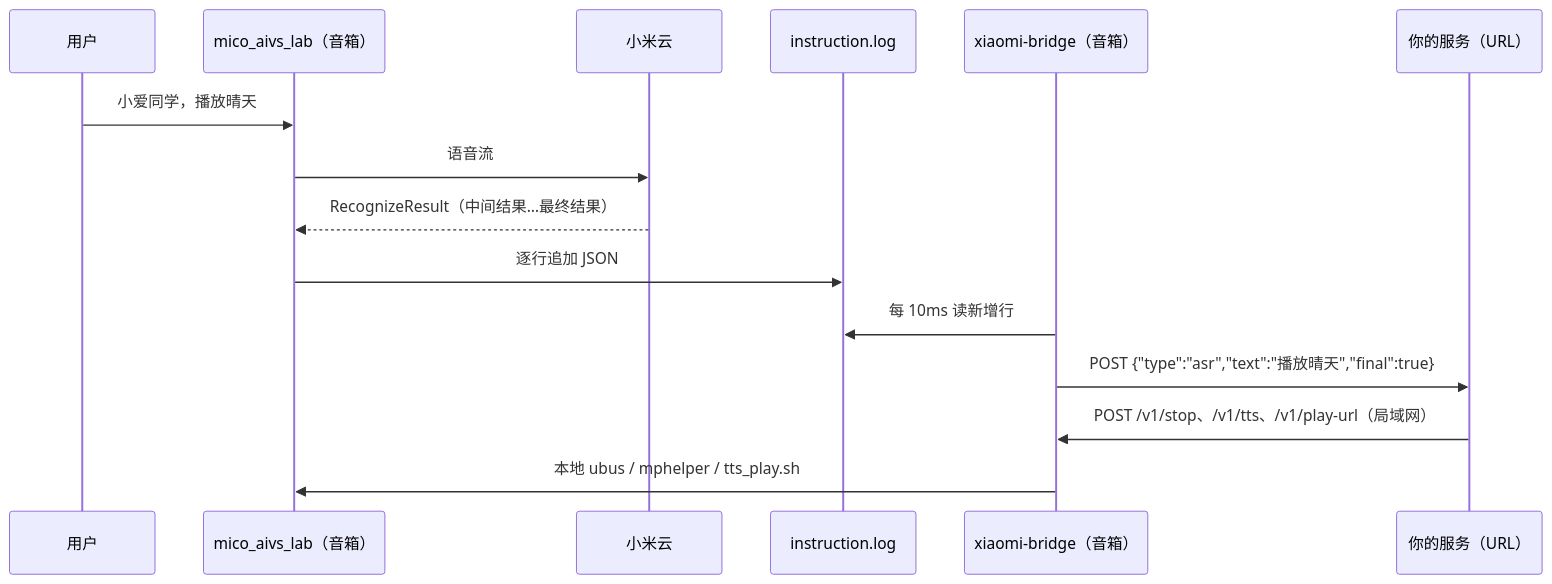
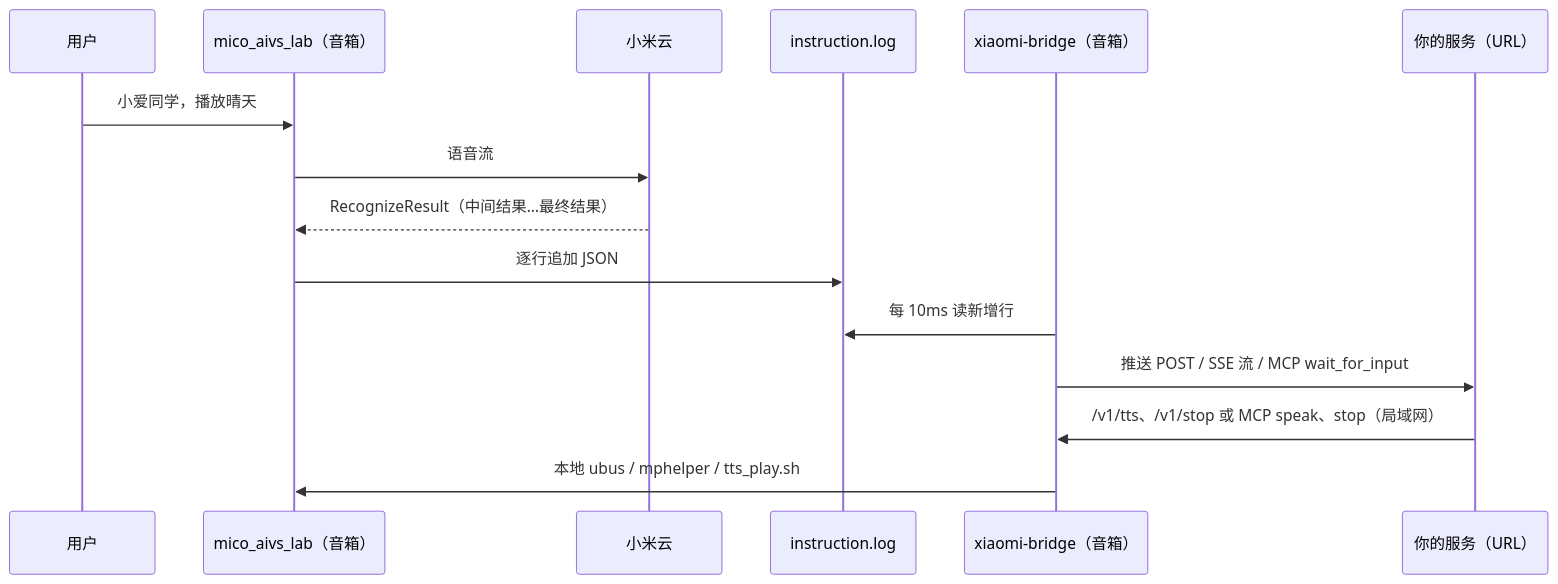
Before and after one commit to BBDXF/vox-mi-agent: the diagram in docs/research/xiaomi-bridge.md, drawn with Mermaid. The commit also changed other lines of this file and 13 other files, not shown here.

Commit message:
research(xiaomi-bridge): basic auth with defaults, persisted config API, interruptible TTS, SSE input stream, status, MCP server + descriptor

````diff
--- a/docs/research/xiaomi-bridge.md
+++ b/docs/research/xiaomi-bridge.md
@@ -19,17 +20,17 @@
 ```mermaid
 sequenceDiagram
     participant U as 用户
     participant A as mico_aivs_lab（音箱）
     participant C as 小米云
     participant L as instruction.log
     participant B as xiaomi-bridge（音箱）
     participant S as 你的服务（URL）
     U->>A: 小爱同学，播放晴天
     A->>C: 语音流
     C-->>A: RecognizeResult（中间结果…最终结果）
     A->>L: 逐行追加 JSON
     B->>L: 每 10ms 读新增行
-    B->>S: POST {"type":"asr","text":"播放晴天","final":true}
-    S->>B: POST /v1/stop、/v1/tts、/v1/play-url（局域网）
+    B->>S: 推送 POST / SSE 流 / MCP wait_for_input
+    S->>B: /v1/tts、/v1/stop 或 MCP speak、stop（局域网）
     B->>A: 本地 ubus / mphelper / tts_play.sh
 ```
````
